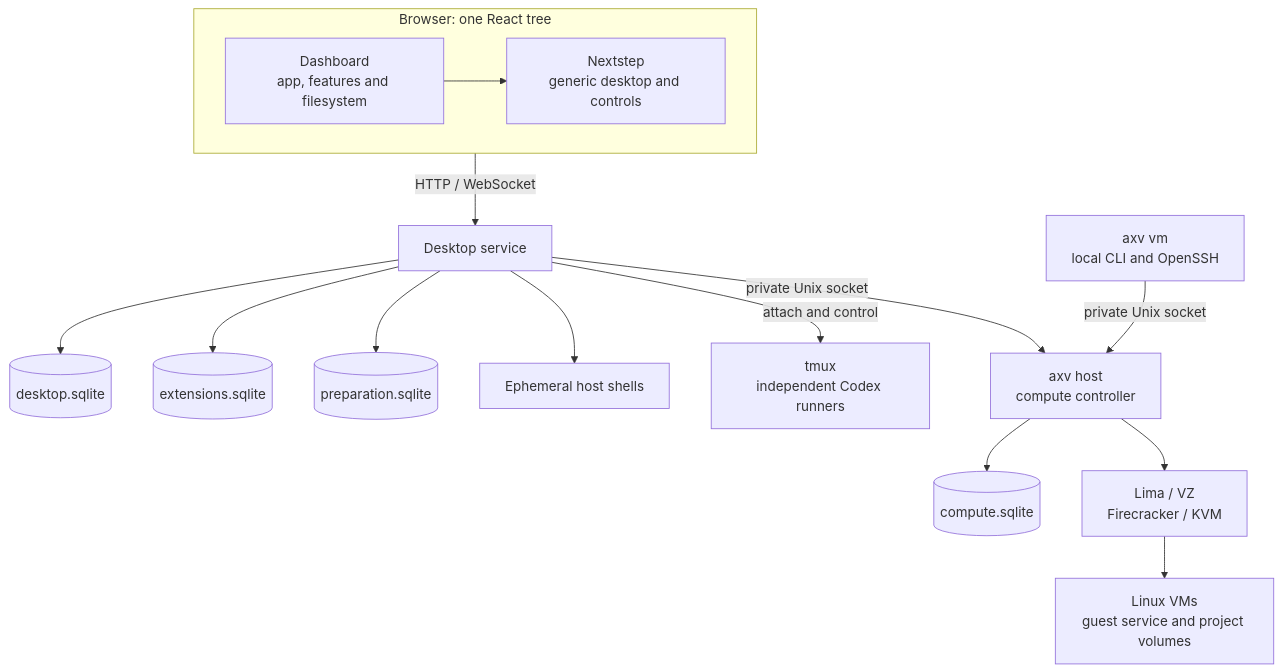
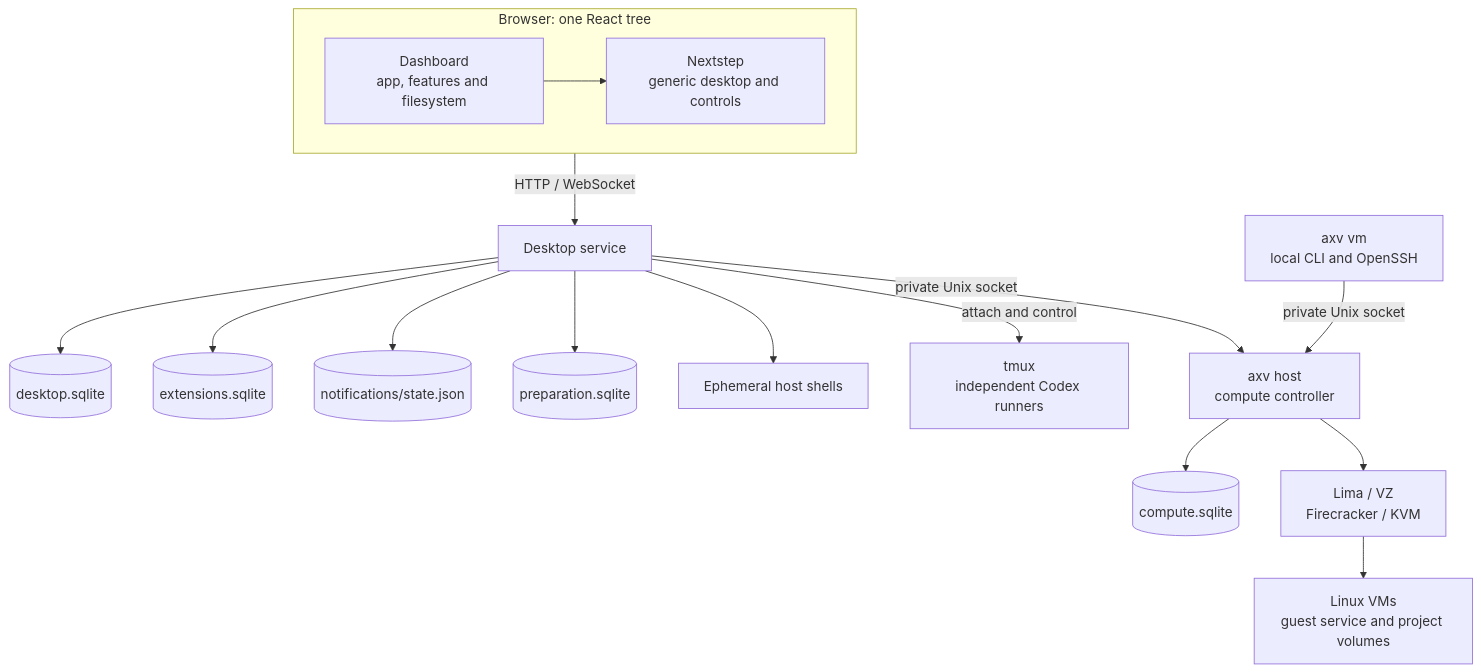
The diagram in docs/architecture.md (cofy-x/axv), drawn with Mermaid before and after one commit. The commit also changed other lines of this file and 70 other files, not shown here.

````diff
--- a/docs/architecture.md
+++ b/docs/architecture.md
@@ -7,20 +7,21 @@
 ```mermaid
 flowchart TB
     subgraph Browser["Browser: one React tree"]
         direction LR
         Dashboard["Dashboard<br/>app, features and filesystem"]
         Desktop["Nextstep<br/>generic desktop and controls"]
         Dashboard --> Desktop
     end
     Browser -->|HTTP / WebSocket| API["Desktop service"]
     API --> Documents[(desktop.sqlite)]
     API --> Extensions[(extensions.sqlite)]
+    API --> NotificationStore[(notifications/state.json)]
     API --> Preparation[(preparation.sqlite)]
     API --> Shell["Ephemeral host shells"]
     API -->|attach and control| Codex["tmux<br/>independent Codex runners"]
     API -->|private Unix socket| Host["axv host<br/>compute controller"]
     CLI["axv vm<br/>local CLI and OpenSSH"] -->|private Unix socket| Host
     Host --> Compute[(compute.sqlite)]
     Host --> Providers["Lima / VZ<br/>Firecracker / KVM"]
     Providers --> VM["Linux VMs<br/>guest service and project volumes"]
 ```
````
